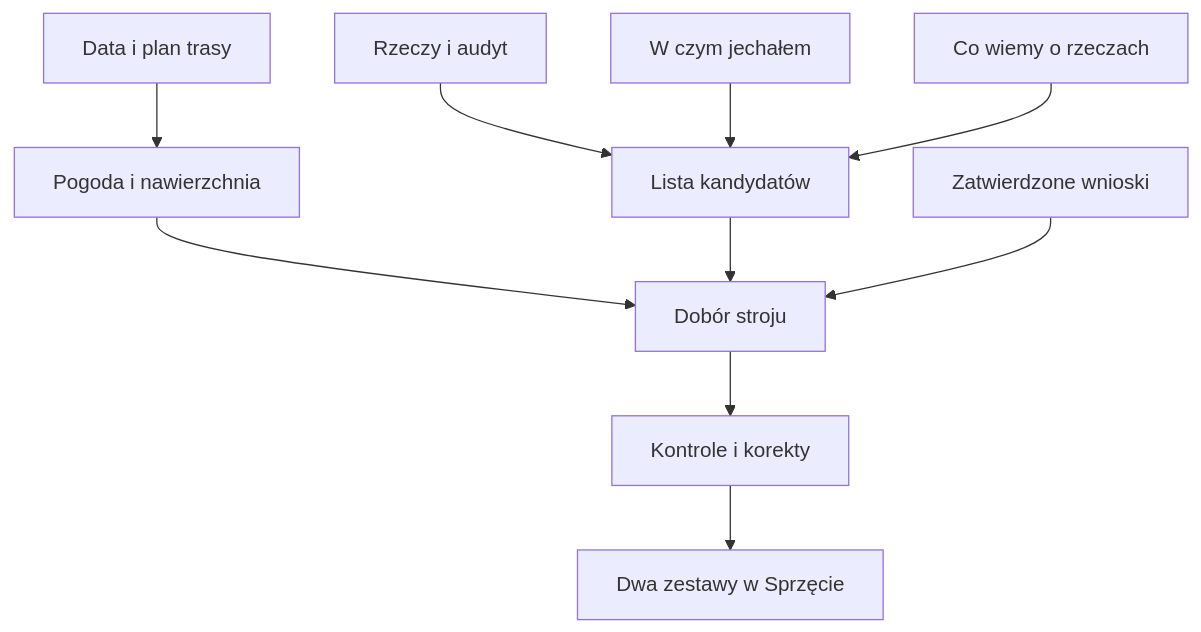
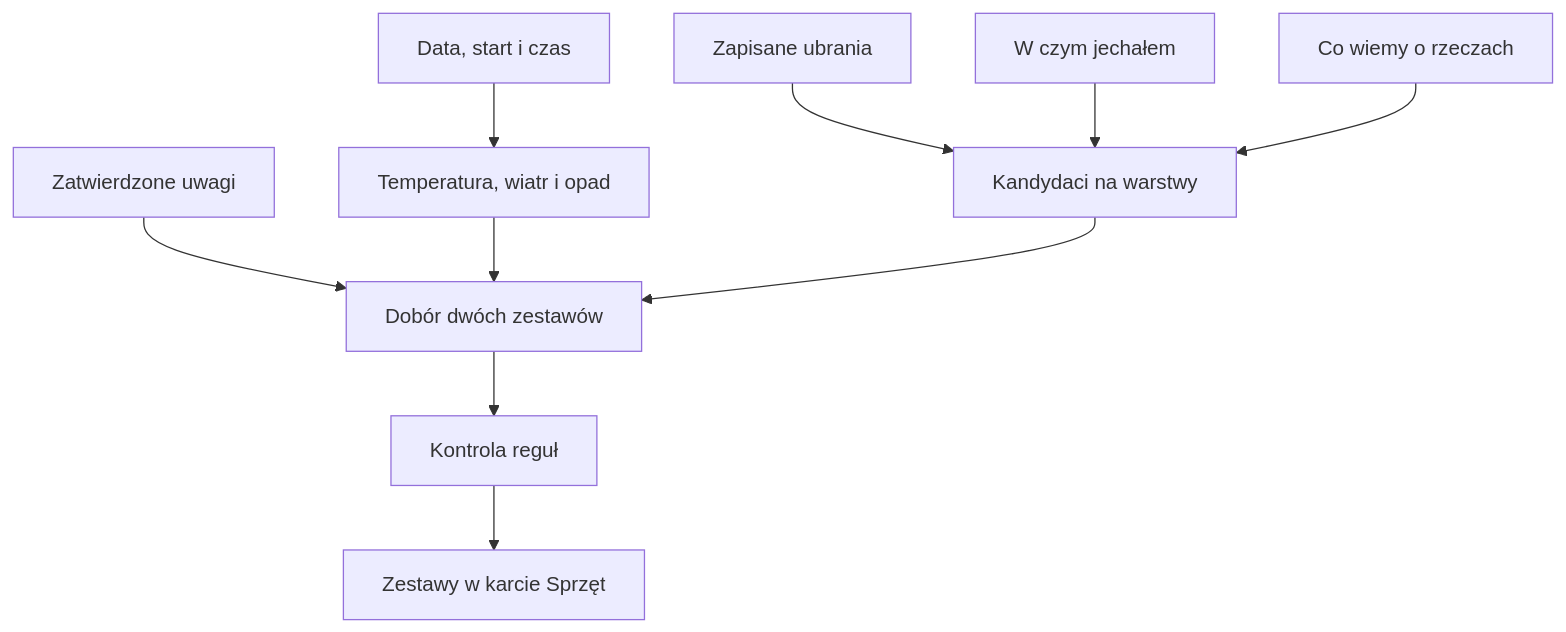
Before and after one commit to QbotMS/QbotQ: the diagram in docs/wiki/garaz/doradca-ubioru.md, drawn with Mermaid. The commit also changed other lines of this file and 153 other files, not shown here.

````diff
--- a/docs/wiki/garaz/doradca-ubioru.md
+++ b/docs/wiki/garaz/doradca-ubioru.md
@@ -31,12 +45,12 @@
 ```mermaid
 flowchart TD
-  Plan[Data i plan trasy] --> Warunki[Pogoda i nawierzchnia]
-  Garaz[Rzeczy i audyt] --> Kandydaci[Lista kandydatów]
+  Plan[Data, start i czas] --> Warunki[Temperatura, wiatr i opad]
+  Garaz[Zapisane ubrania] --> Kandydaci[Kandydaci na warstwy]
   Historia[W czym jechałem] --> Kandydaci
   Obserwacje[Co wiemy o rzeczach] --> Kandydaci
-  Warunki --> Dobor[Dobór stroju]
+  Wnioski[Zatwierdzone uwagi] --> Dobor[Dobór dwóch zestawów]
+  Warunki --> Dobor
   Kandydaci --> Dobor
-  Uwagi[Zatwierdzone wnioski] --> Dobor
-  Dobor --> Kontrola[Kontrole i korekty]
-  Kontrola --> Widok[Dwa zestawy w Sprzęcie]
+  Dobor --> Kontrola[Kontrola reguł]
+  Kontrola --> Karta[Zestawy w karcie Sprzęt]
 ```
````
